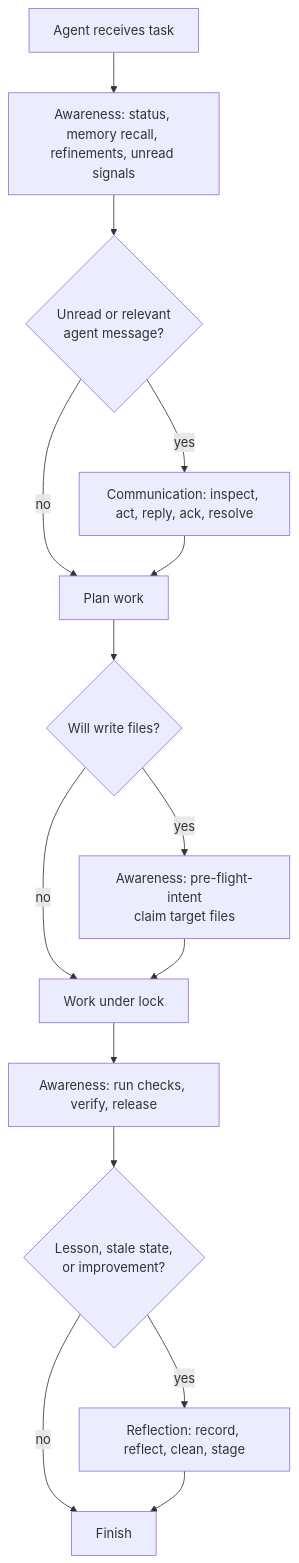
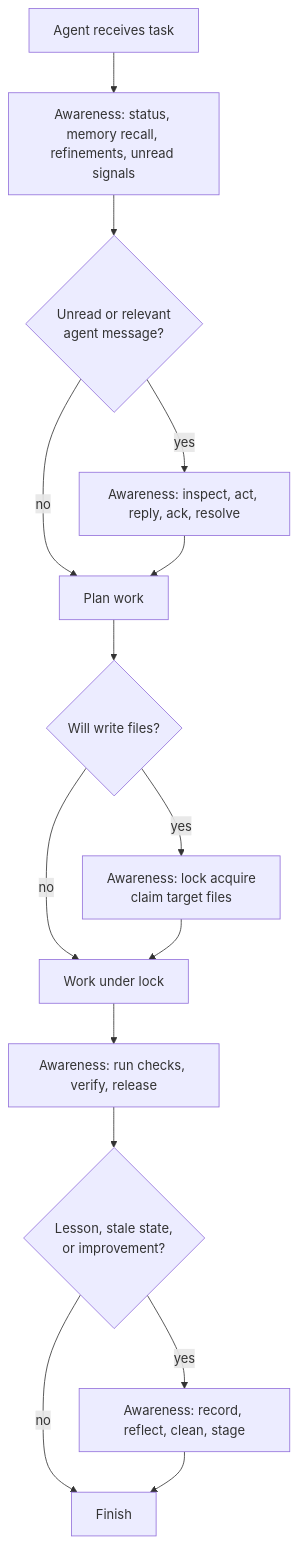
One commit to bgauryy/octocode changed the second of 7 diagrams in packages/octocode-awareness/docs/SKILLS.md. Above: the diagram before and after it, drawn with Mermaid. The commit also changed other lines of this file and 194 other files, not shown here.

````diff
--- a/packages/octocode-awareness/docs/SKILLS.md
+++ b/packages/octocode-awareness/docs/SKILLS.md
@@ -61,17 +59,17 @@
 ```mermaid
 flowchart TD
   Start["Agent receives task"] --> Attend["Awareness: status, memory recall, refinements, unread signals"]
   Attend --> MessageQ{"Unread or relevant<br/>agent message?"}
-  MessageQ -->|yes| Comm["Communication: inspect, act, reply, ack, resolve"]
+  MessageQ -->|yes| Comm["Awareness: inspect, act, reply, ack, resolve"]
   MessageQ -->|no| Plan["Plan work"]
   Comm --> Plan
   Plan --> EditQ{"Will write files?"}
-  EditQ -->|yes| Claim["Awareness: pre-flight-intent<br/>claim target files"]
+  EditQ -->|yes| Claim["Awareness: lock acquire<br/>claim target files"]
   EditQ -->|no| Work["Do read-only work"]
   Claim --> Work["Work under lock"]
   Work --> Verify["Awareness: run checks, verify, release"]
   Verify --> LessonQ{"Lesson, stale state,<br/>or improvement?"}
-  LessonQ -->|yes| Reflect["Reflection: record, reflect, clean, stage"]
+  LessonQ -->|yes| Reflect["Awareness: record, reflect, clean, stage"]
   LessonQ -->|no| Finish["Finish"]
   Reflect --> Finish
 ```
````
